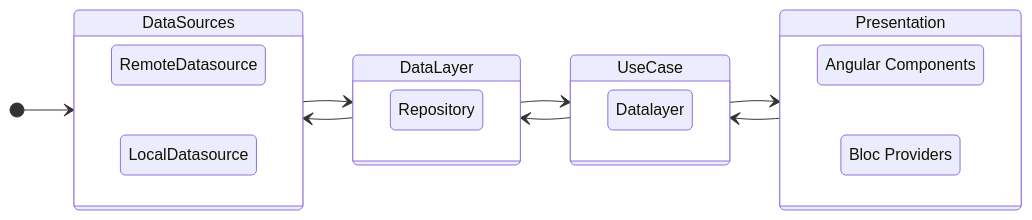
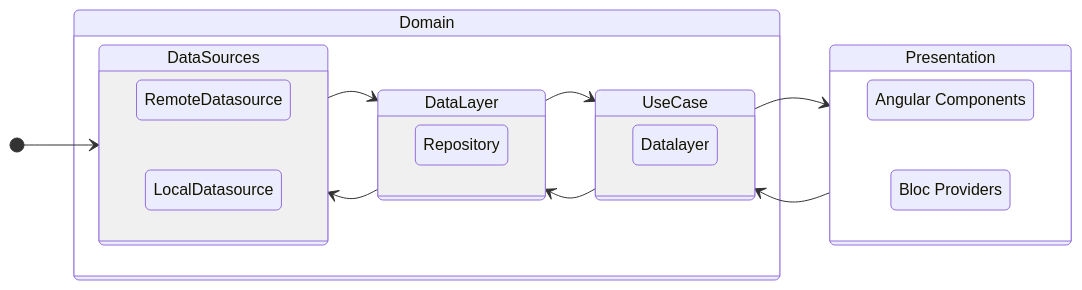
The diagram in docs/architecture.md (barkibu/barkibu-web-widget), drawn with Mermaid before and after one commit. The commit also changed other lines of this file, not shown here.

Commit message:
Added domain to the architecture doc

````diff
--- a/docs/architecture.md
+++ b/docs/architecture.md
@@ -13,29 +14,31 @@
 ```mermaid
 stateDiagram-v2
   direction LR
     [*] --> DataSources
     DataSources --> DataLayer
     DataLayer --> DataSources
     DataLayer --> UseCase 
     UseCase --> DataLayer
     UseCase --> Presentation
     Presentation --> UseCase
-    state DataSources {
-        direction RL
-        RemoteDatasource 
-        LocalDatasource
-    }
-    state UseCase {
-        direction RL
-        Datalayer
-    }
-    state DataLayer {
-        direction RL
-        Repository
+    state Domain {
+        state DataSources {
+            direction RL
+            RemoteDatasource 
+            LocalDatasource
+        }
+        state UseCase {
+            direction RL
+            Datalayer
+        }
+        state DataLayer {
+            direction RL
+            Repository
+        }
     }
     state Presentation {
     direction RL
         Angular: Angular Components
         Providers: Bloc Providers
     }
 ```
````
